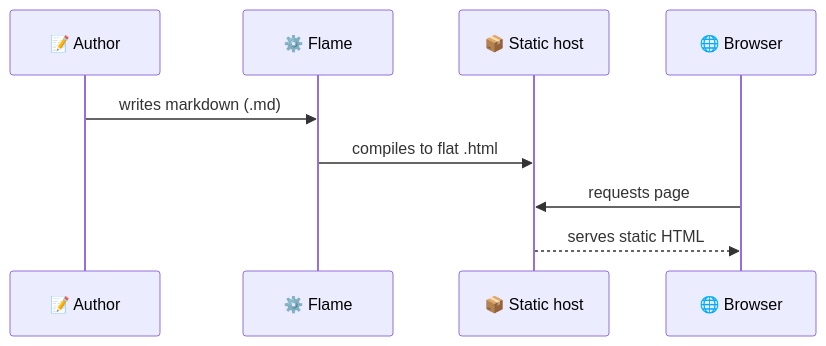
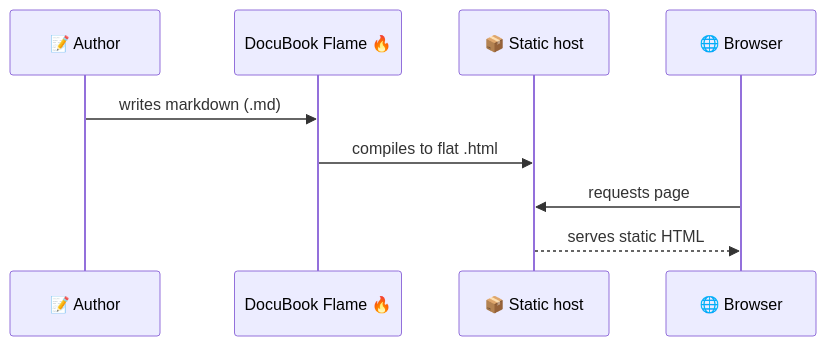
One commit to DocuBook/docubook changed the diagram in README.md. Above: the diagram before and after it, drawn with Mermaid. The commit also changed other lines of this file and 23 other files, not shown here.

````diff
--- a/README.md
+++ b/README.md
@@ -18,12 +17,12 @@
 ```mermaid
 sequenceDiagram
     participant Author as 📝 Author
-    participant Flame as ⚙️ Flame
+    participant Flame as DocuBook Flame 🔥
     participant Host as 📦 Static host
     participant Browser as 🌐 Browser
 
     Author->>Flame: writes markdown (.md)
     Flame->>Host: compiles to flat .html
     Browser->>Host: requests page
     Host-->>Browser: serves static HTML
 ```
````
